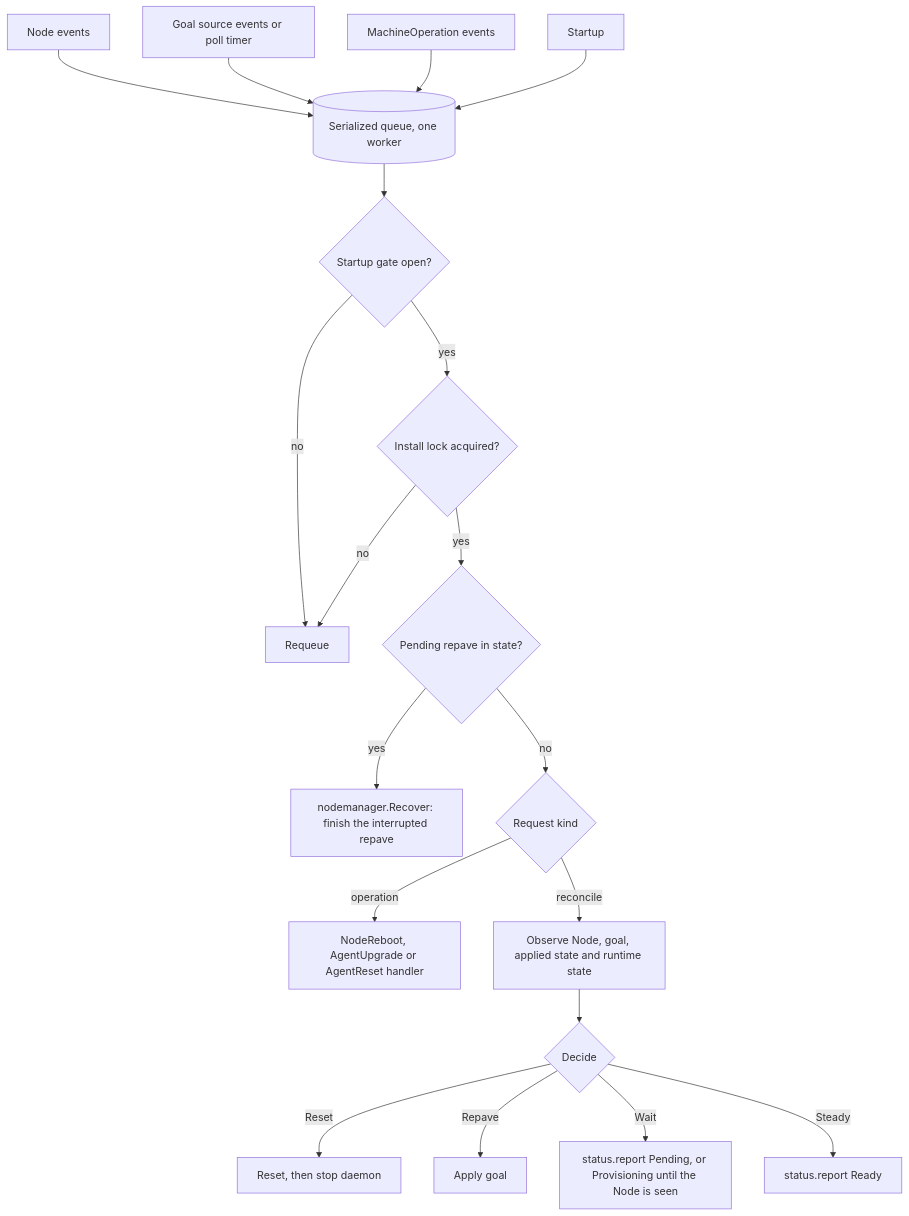
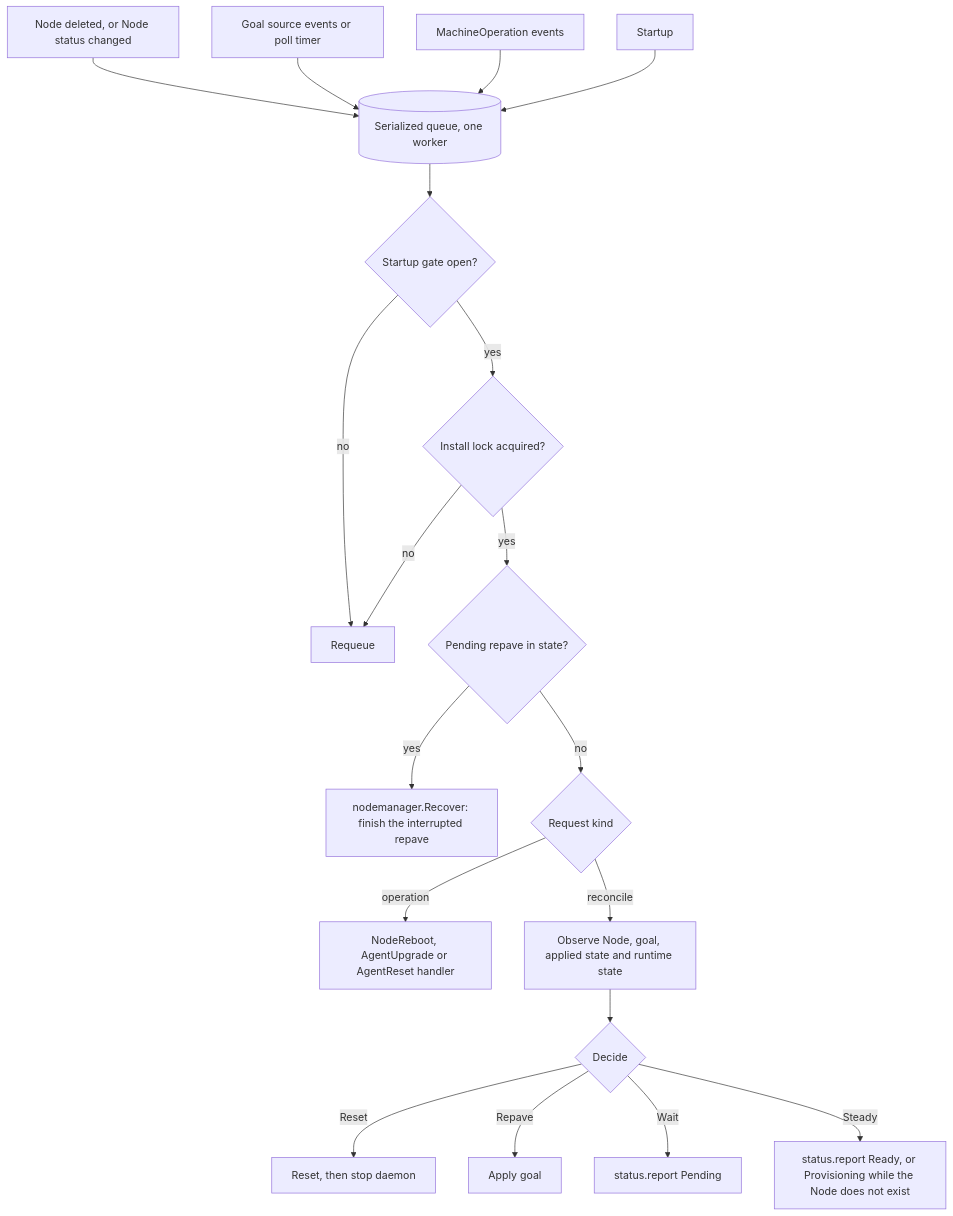
The diagram in designs/agent-v2/04-control-and-state.md (Azure/unbounded), drawn with Mermaid before and after one commit. The commit also changed other lines of this file and 7 other files, not shown here.

````diff
--- a/designs/agent-v2/04-control-and-state.md
+++ b/designs/agent-v2/04-control-and-state.md
@@ -174,21 +187,21 @@
 ```mermaid
 flowchart TD
-  T1["Node events"] --> Q
+  T1["Node deleted, or Node status changed"] --> Q
   T2["Goal source events or poll timer"] --> Q
   T3["MachineOperation events"] --> Q
   T4["Startup"] --> Q
   Q[("Serialized queue, one worker")] --> G{"Startup gate open?"}
   G -- no --> RQ["Requeue"]
   G -- yes --> L{"Install lock acquired?"}
   L -- no --> RQ
   L -- yes --> P{"Pending repave in state?"}
   P -- yes --> RF["nodemanager.Recover: finish the interrupted repave"]
   P -- no --> K{"Request kind"}
   K -- operation --> OP["NodeReboot, AgentUpgrade or AgentReset handler"]
   K -- reconcile --> O["Observe Node, goal, applied state and runtime state"]
   O --> D{"Decide"}
   D -- Reset --> RS["Reset, then stop daemon"]
   D -- Repave --> AP["Apply goal"]
-  D -- Wait --> W["status.report Pending, or Provisioning until the Node is seen"]
-  D -- Steady --> S["status.report Ready"]
+  D -- Wait --> W["status.report Pending"]
+  D -- Steady --> S["status.report Ready, or Provisioning while the Node does not exist"]
 ```
````
